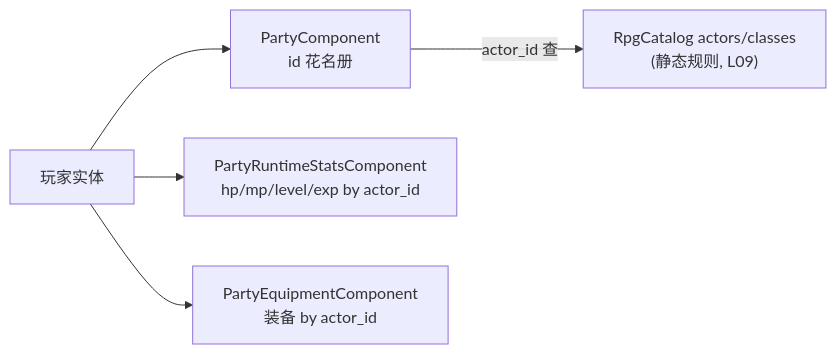
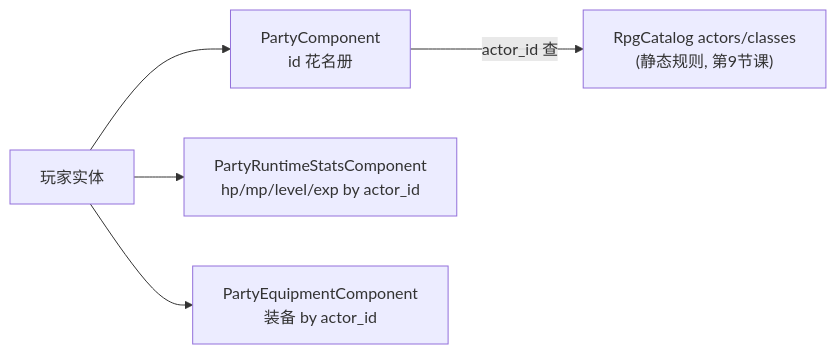
Before and after one commit to WispSnow/TinyFarmRPG: the second of 6 diagrams in lecture_plans/lectures/12-队伍与招募.md, drawn with Mermaid. The commit also changed other lines of this file and 14 other files, not shown here.

````diff
--- a/lecture_plans/lectures/12-队伍与招募.md
+++ b/lecture_plans/lectures/12-队伍与招募.md
@@ -97,7 +95,7 @@
 ```mermaid
 flowchart LR
     Player["玩家实体"] --> PC["PartyComponent<br/>id 花名册"]
     Player --> RS["PartyRuntimeStatsComponent<br/>hp/mp/level/exp by actor_id"]
     Player --> PE["PartyEquipmentComponent<br/>装备 by actor_id"]
-    PC -->|"actor_id 查"| CAT["RpgCatalog actors/classes<br/>(静态规则, L09)"]
+    PC -->|"actor_id 查"| CAT["RpgCatalog actors/classes<br/>(静态规则, 第9节课)"]
 ```
````
